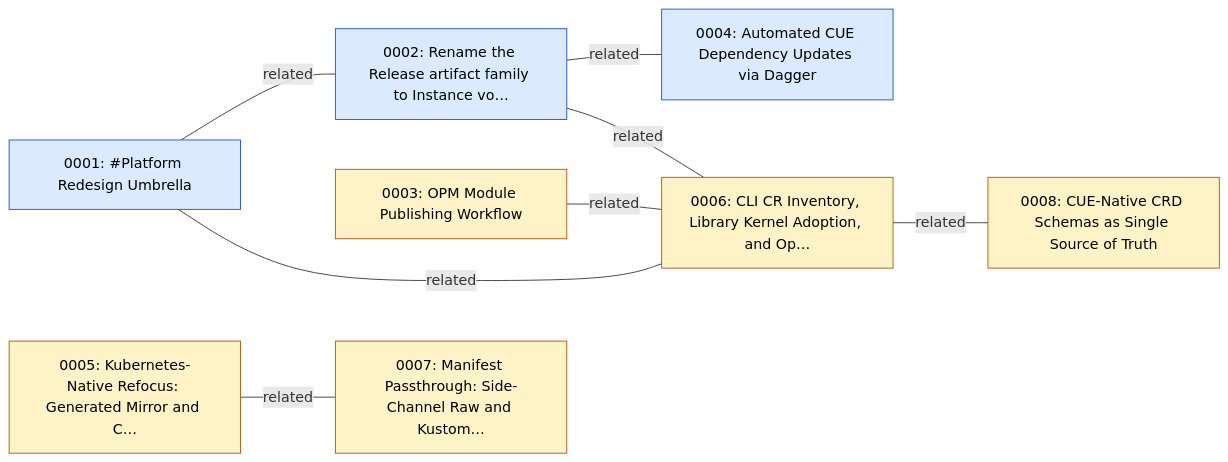
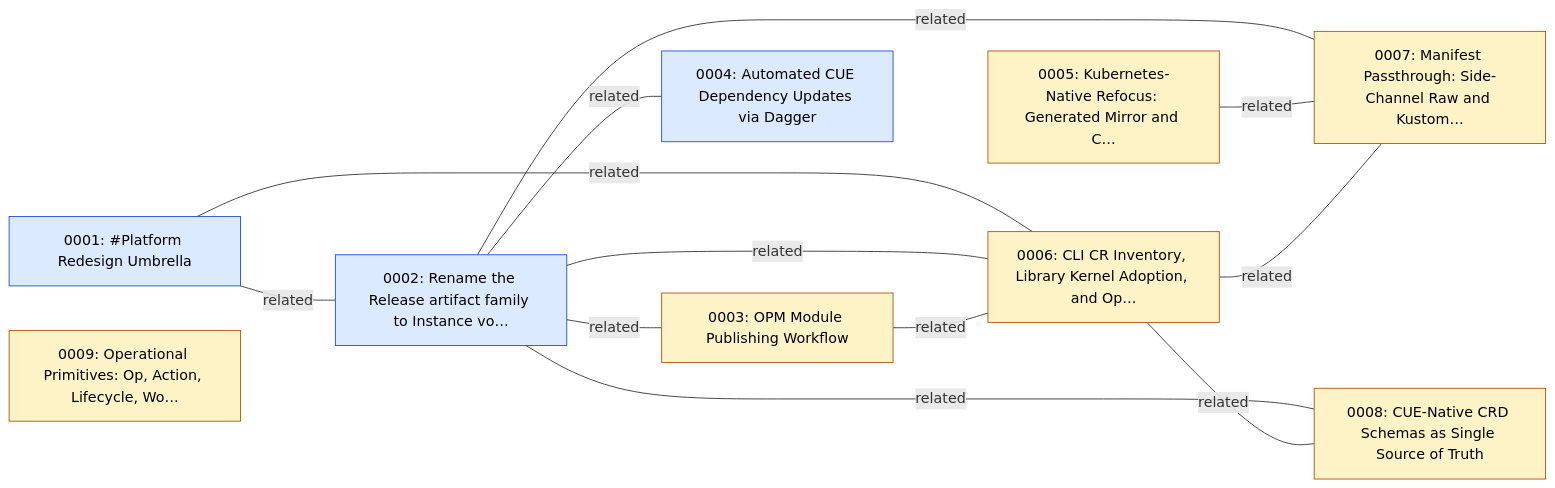
One commit to open-platform-model/enhancements changed the first of 2 diagrams in GRAPH.md. Above: the diagram before and after it, drawn with Mermaid. The commit also changed 37 other files, not shown here.

````diff
--- a/GRAPH.md
+++ b/GRAPH.md
@@ -5,25 +5,30 @@
 ```mermaid
 graph LR
   classDef draft       fill:#fef3c7,stroke:#b45309,color:#000
   classDef accepted    fill:#dbeafe,stroke:#1d4ed8,color:#000
   classDef implemented fill:#dcfce7,stroke:#15803d,color:#000
   classDef superseded  fill:#e5e7eb,stroke:#6b7280,color:#6b7280
   classDef legacy      fill:#fafafa,stroke:#9ca3af,color:#6b7280,stroke-dasharray:3 3
 
   N0001["0001: #Platform Redesign Umbrella"]:::accepted
   N0002["0002: Rename the Release artifact family to Instance vo…"]:::accepted
   N0003["0003: OPM Module Publishing Workflow"]:::draft
   N0004["0004: Automated CUE Dependency Updates via Dagger"]:::accepted
   N0005["0005: Kubernetes-Native Refocus: Generated Mirror and C…"]:::draft
   N0006["0006: CLI CR Inventory, Library Kernel Adoption, and Op…"]:::draft
   N0007["0007: Manifest Passthrough: Side-Channel Raw and Kustom…"]:::draft
   N0008["0008: CUE-Native CRD Schemas as Single Source of Truth"]:::draft
+  N0009["0009: Operational Primitives: Op, Action, Lifecycle, Wo…"]:::draft
 
   N0001 ---|related| N0002
   N0001 ---|related| N0006
+  N0002 ---|related| N0003
   N0002 ---|related| N0004
   N0002 ---|related| N0006
+  N0002 ---|related| N0007
+  N0002 ---|related| N0008
   N0003 ---|related| N0006
   N0005 ---|related| N0007
+  N0006 ---|related| N0007
   N0006 ---|related| N0008
 ```
````
